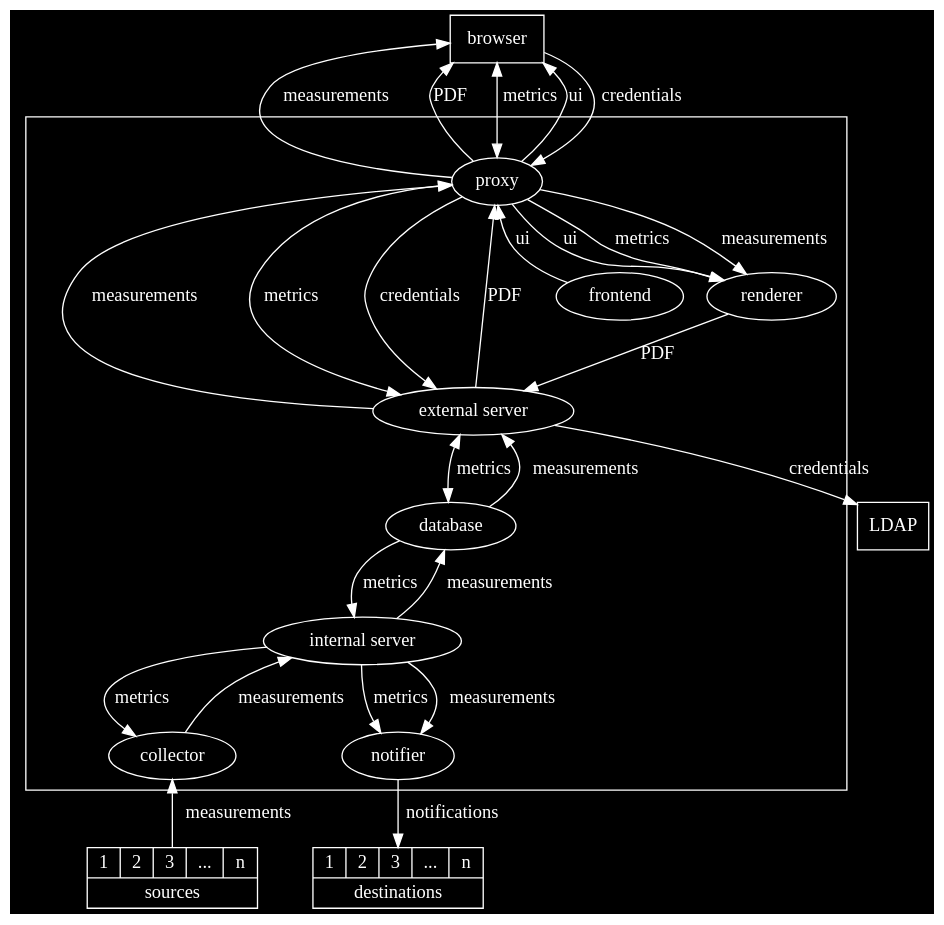
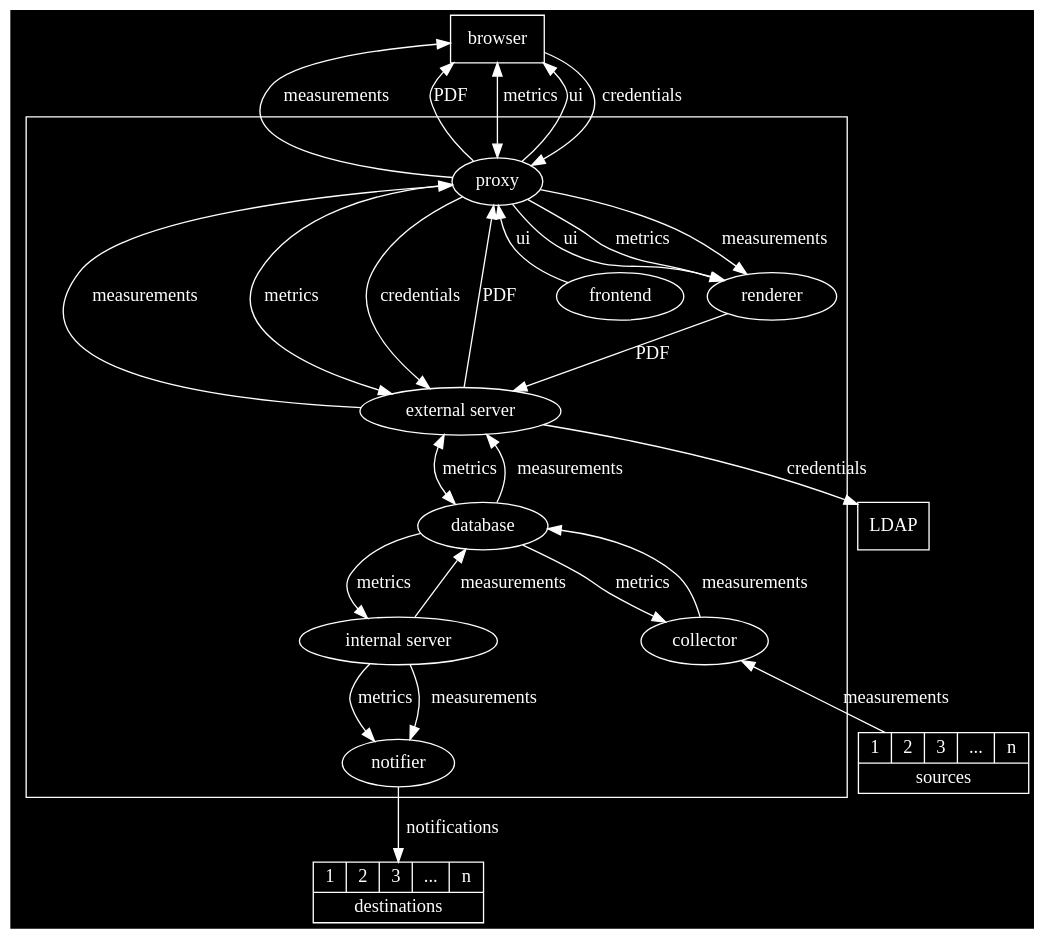
Before and after one commit to ICTU/quality-time: the diagram in docs/src/components-dark.dot, drawn with Graphviz. The commit also changed 5 other files, not shown here.

Commit message:
Update docker composition and documentation to reflect that the collector now talks to the database directly.

```diff
--- a/docs/src/components-dark.dot
+++ b/docs/src/components-dark.dot
@@ -1,41 +1,41 @@
 digraph {
   graph [bgcolor=transparant, fontname="SFMono-Regular"]
   node [color=white, fontcolor=white, fontname="SFMono-Regular"]
   edge [color=white, fontcolor=white, fontname="SFMono-Regular"]
   browser [shape=rectangle]
   ldap [shape=rectangle, label="LDAP"]
   subgraph cluster_qt {
     rank="min"
     label="Quality-time"
     color=white
     external_server [label="external server"]
     internal_server [label="internal server"]
     proxy -> frontend [label=ui, dir="back"]
     proxy -> external_server [label=measurements, dir="back"]
     proxy -> external_server [label=metrics, dir="both"]
     proxy -> external_server [label=credentials]
     proxy -> external_server [label=PDF, dir="back"]
     proxy -> renderer [label=ui]
     proxy -> renderer [label=metrics]
     proxy -> renderer [label=measurements]
     external_server -> database [label=metrics, dir="both"]
     external_server -> database [label=measurements, dir="back"]
     database -> internal_server [label=metrics]
     database -> internal_server [label=measurements, dir="back"]
-    internal_server -> collector [label=metrics]
-    internal_server -> collector [label=measurements, dir="back"]
+    database -> collector [label=metrics]
+    database -> collector [label=measurements, dir="back"]
     internal_server -> notifier [label=metrics]
     internal_server -> notifier [label=measurements]
     renderer -> external_server [label=PDF]
   }
   browser -> proxy [label=measurements, dir="back"]
   browser -> proxy [label=PDF, dir="back"]
   browser -> proxy [label=metrics, dir="both"]
   browser -> proxy [label=ui, dir="back"]
   browser -> proxy [label=credentials]
   collector -> source [label=measurements, dir="back"]
   notifier -> destination [label=notifications]
   external_server -> ldap [label=credentials]
   source [label="{{1|2|3|...|n}|sources}" shape=record]
   destination [label="{{1|2|3|...|n}|destinations}" shape=record]
 }
```
